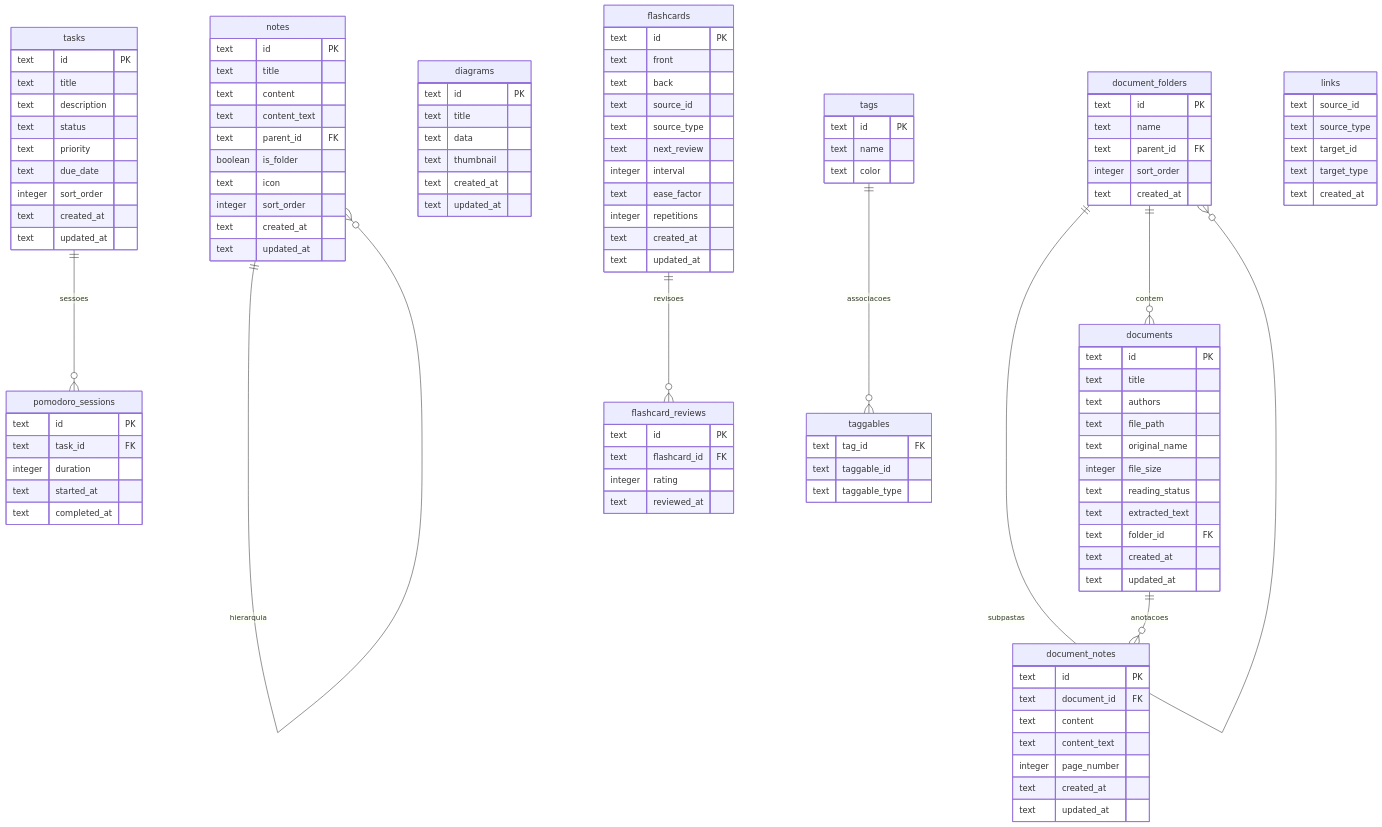
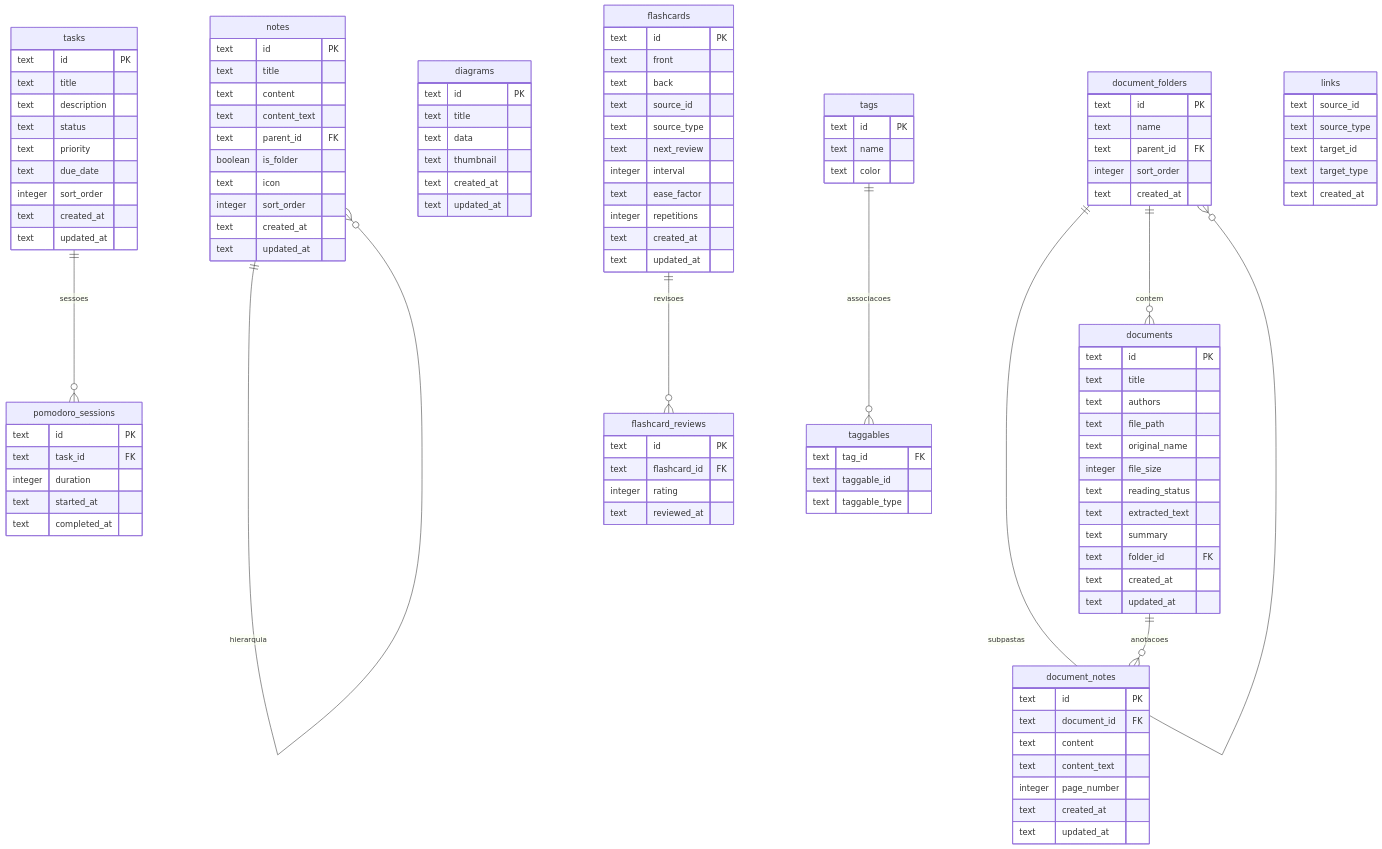
The third of 3 diagrams in README.md (JoseJaan/Thoth), drawn with Mermaid before and after one commit. The commit also changed other lines of this file and 91 other files, not shown here.

```diff
--- a/README.md
+++ b/README.md
@@ -228,6 +245,7 @@
         integer file_size
         text reading_status
         text extracted_text
+        text summary
         text folder_id FK
         text created_at
         text updated_at
```
